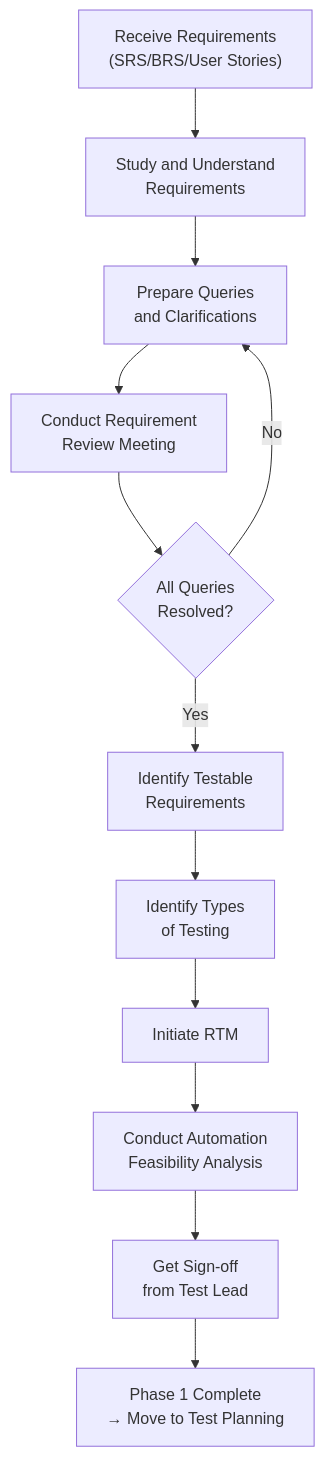
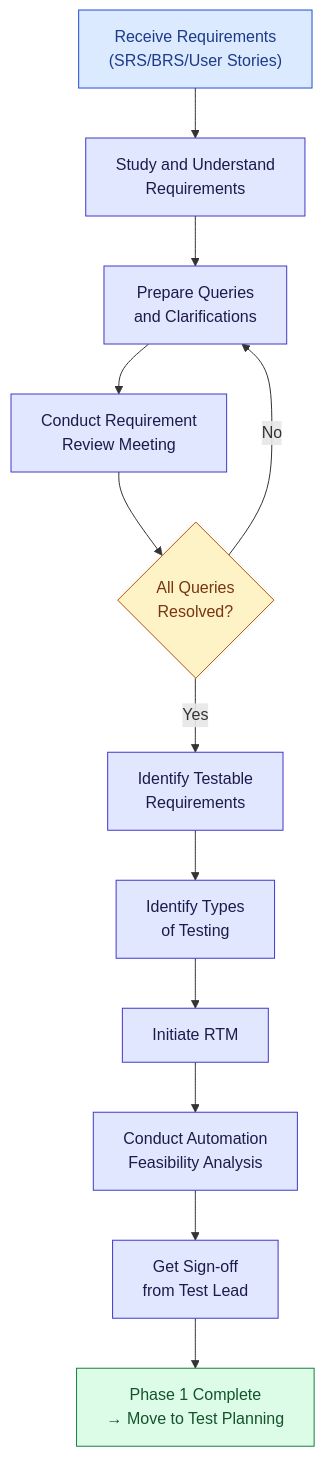
One commit to ghanendra-sdet/manual-testing-playbook changed the second of 10 diagrams in Part_03_STLC.md. Above: the diagram before and after it, drawn with Mermaid. The commit also changed other lines of this file and 15 other files, not shown here.

Commit message:
Fix broken routes and anchors; update OWASP 2025, ISTQB v4.0, WCAG 2.2, Jira/Zephyr naming and pricing; style diagrams

````diff
--- a/Part_03_STLC.md
+++ b/Part_03_STLC.md
@@ -276,14 +276,24 @@
 ```mermaid
 flowchart TD
-    A["Receive Requirements\n(SRS/BRS/User Stories)"] --> B["Study and Understand\nRequirements"]
-    B --> C["Prepare Queries\nand Clarifications"]
-    C --> D["Conduct Requirement\nReview Meeting"]
-    D --> E{"All Queries\nResolved?"}
+    A["Receive Requirements<br/>(SRS/BRS/User Stories)"] --> B["Study and Understand<br/>Requirements"]
+    B --> C["Prepare Queries<br/>and Clarifications"]
+    C --> D["Conduct Requirement<br/>Review Meeting"]
+    D --> E{"All Queries<br/>Resolved?"}
     E -- No --> C
-    E -- Yes --> F["Identify Testable\nRequirements"]
-    F --> G["Identify Types\nof Testing"]
+    E -- Yes --> F["Identify Testable<br/>Requirements"]
+    F --> G["Identify Types<br/>of Testing"]
     G --> H["Initiate RTM"]
-    H --> I["Conduct Automation\nFeasibility Analysis"]
-    I --> J["Get Sign-off\nfrom Test Lead"]
-    J --> K["Phase 1 Complete\n→ Move to Test Planning"]
+    H --> I["Conduct Automation<br/>Feasibility Analysis"]
+    I --> J["Get Sign-off<br/>from Test Lead"]
+    J --> K["Phase 1 Complete<br/>→ Move to Test Planning"]
+
+    classDef start fill:#dbeafe,stroke:#1d4ed8,color:#1e3a8a
+    classDef step fill:#e0e7ff,stroke:#4338ca,color:#1e1b4b
+    classDef decision fill:#fef3c7,stroke:#b45309,color:#78350f
+    classDef good fill:#dcfce7,stroke:#15803d,color:#14532d
+    classDef bad fill:#fee2e2,stroke:#b91c1c,color:#7f1d1d
+    class A start
+    class B,C,D,F,G,H,I,J step
+    class E decision
+    class K good
 ```
````
